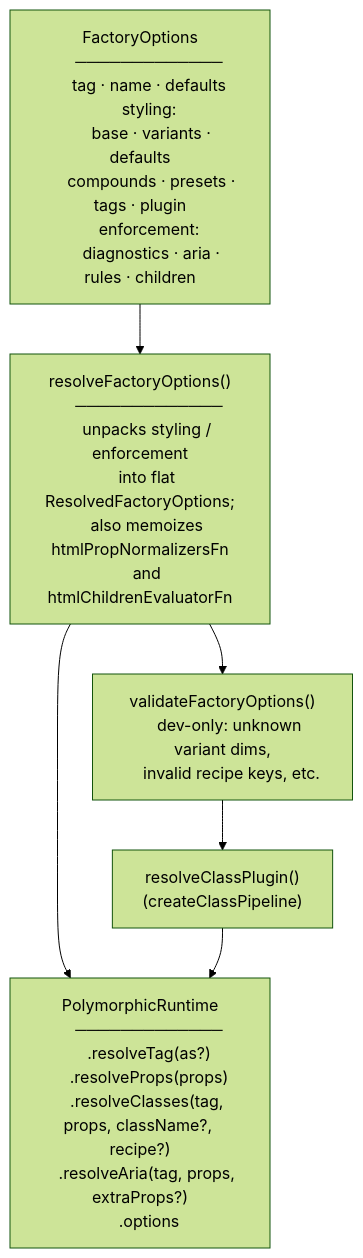
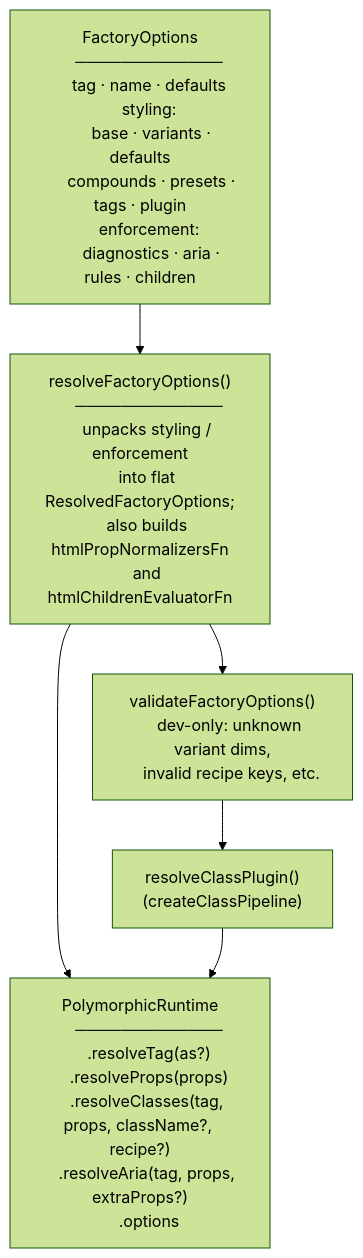
One commit to slowebworkz/praxis-kit changed the first of 9 diagrams in ARCHITECTURE.md. Above: the diagram before and after it, drawn with Mermaid (forest theme). The commit also changed other lines of this file and 1 other file, not shown here.

Commit message:
docs: remove stale memoization wording from architecture and pipeline-kit

````diff
--- a/ARCHITECTURE.md
+++ b/ARCHITECTURE.md
@@ -136,38 +136,38 @@
 ```mermaid
 flowchart TD
     options["FactoryOptions
     ─────────────
     tag · name · defaults
     styling:
       base · variants · defaults
       compounds · presets · tags · plugin
     enforcement:
       diagnostics · aria · rules · children"
     ]
 
     resolve["resolveFactoryOptions()
     ─────────────
     unpacks styling / enforcement
     into flat ResolvedFactoryOptions;
-    also memoizes htmlPropNormalizersFn
+    also builds htmlPropNormalizersFn
     and htmlChildrenEvaluatorFn"]
 
     validate["validateFactoryOptions()
     dev-only: unknown variant dims,
     invalid recipe keys, etc."]
 
     pipeline["resolveClassPlugin()
     (createClassPipeline)"]
 
     runtime["PolymorphicRuntime
     ─────────────
     .resolveTag(as?)
     .resolveProps(props)
     .resolveClasses(tag, props, className?, recipe?)
     .resolveAria(tag, props, extraProps?)
     .options"]
 
     options --> resolve --> validate --> pipeline
     resolve --> runtime
     pipeline --> runtime
 ```
````
